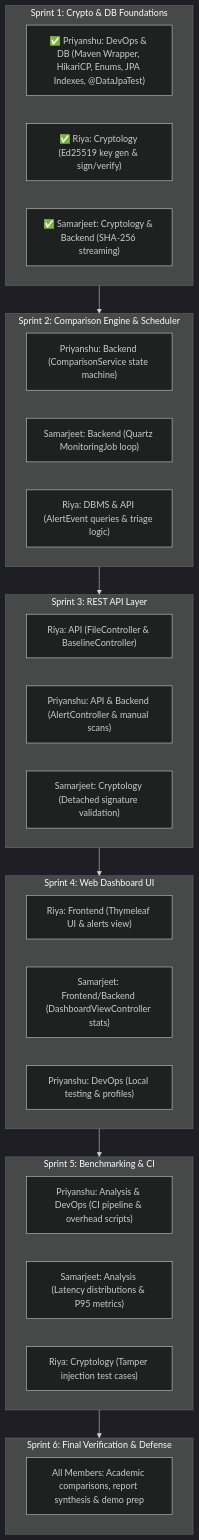
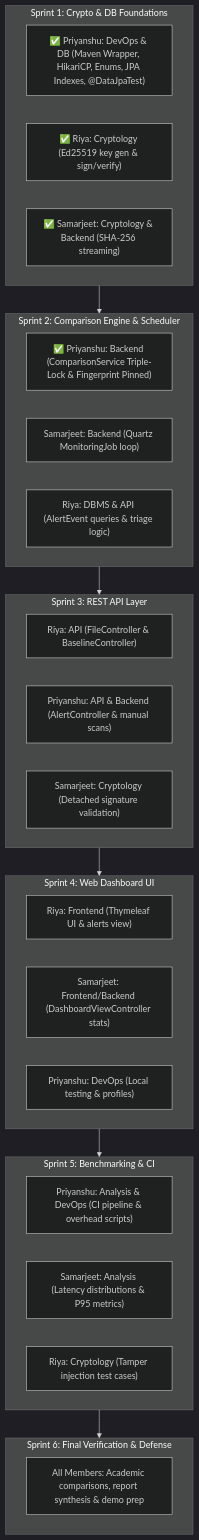
Before and after one commit to PG300604/HashWatch: the diagram in docs/BRAIN.md, drawn with Mermaid (dark theme). The commit also changed other lines of this file and 7 other files, not shown here.

Commit message:
feat(backend): implement ComparisonService with Triple-Lock envelope and fingerprint pinning (Resolves S2-T1)

````diff
--- a/docs/BRAIN.md
+++ b/docs/BRAIN.md
@@ -65,38 +70,38 @@
 ```mermaid
 flowchart TD
     subgraph Sprint1["Sprint 1: Crypto & DB Foundations"]
         S1P["✅ Priyanshu: DevOps & DB (Maven Wrapper, HikariCP, Enums, JPA Indexes, @DataJpaTest)"]
         S1R["✅ Riya: Cryptology (Ed25519 key gen & sign/verify)"]
         S1S["✅ Samarjeet: Cryptology & Backend (SHA-256 streaming)"]
     end
 
     subgraph Sprint2["Sprint 2: Comparison Engine & Scheduler"]
-        S2P["Priyanshu: Backend (ComparisonService state machine)"]
+        S2P["✅ Priyanshu: Backend (ComparisonService Triple-Lock & Fingerprint Pinned)"]
         S2S["Samarjeet: Backend (Quartz MonitoringJob loop)"]
         S2R["Riya: DBMS & API (AlertEvent queries & triage logic)"]
     end
 
     subgraph Sprint3["Sprint 3: REST API Layer"]
         S3R["Riya: API (FileController & BaselineController)"]
         S3P["Priyanshu: API & Backend (AlertController & manual scans)"]
         S3S["Samarjeet: Cryptology (Detached signature validation)"]
     end
 
     subgraph Sprint4["Sprint 4: Web Dashboard UI"]
         S4R["Riya: Frontend (Thymeleaf UI & alerts view)"]
         S4S["Samarjeet: Frontend/Backend (DashboardViewController stats)"]
         S4P["Priyanshu: DevOps (Local testing & profiles)"]
     end
 
     subgraph Sprint5["Sprint 5: Benchmarking & CI"]
         S5P["Priyanshu: Analysis & DevOps (CI pipeline & overhead scripts)"]
         S5S["Samarjeet: Analysis (Latency distributions & P95 metrics)"]
         S5R["Riya: Cryptology (Tamper injection test cases)"]
     end
 
     subgraph Sprint6["Sprint 6: Final Verification & Defense"]
         ALL["All Members: Academic comparisons, report synthesis & demo prep"]
     end
 
     Sprint1 --> Sprint2 --> Sprint3 --> Sprint4 --> Sprint5 --> Sprint6
 ```
````
